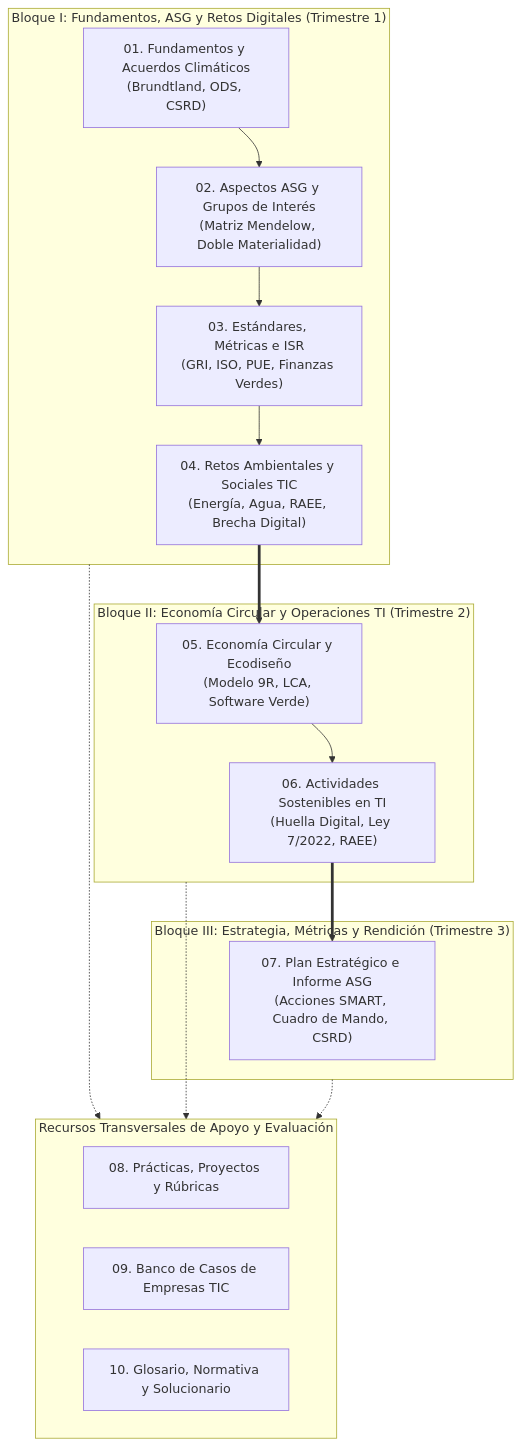
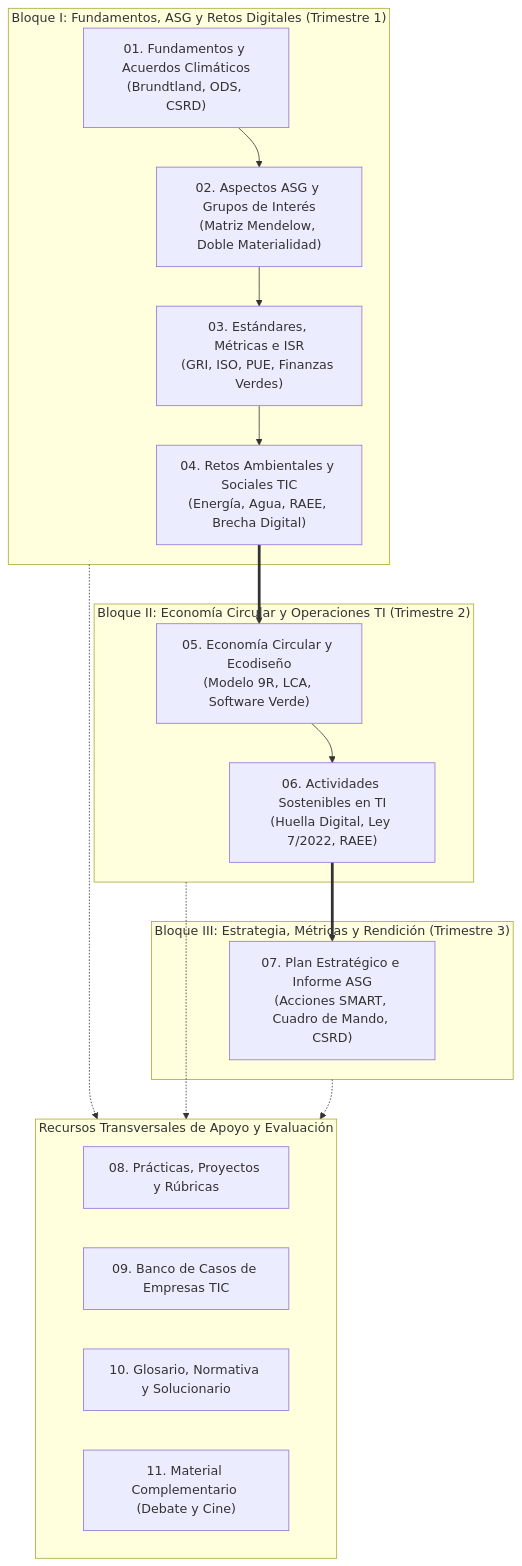
Before and after one commit to Jose-Quesada/sostenibilidad-26-27: the diagram in docs/index.md, drawn with Mermaid. The commit also changed other lines of this file and 20 other files, not shown here.

````diff
--- a/docs/index.md
+++ b/docs/index.md
@@ -54,23 +54,24 @@
 ```mermaid
 flowchart TD
     subgraph B1 ["Bloque I: Fundamentos, ASG y Retos Digitales (Trimestre 1)"]
         U1["01. Fundamentos y Acuerdos Climáticos<br/>(Brundtland, ODS, CSRD)"] --> U2["02. Aspectos ASG y Grupos de Interés<br/>(Matriz Mendelow, Doble Materialidad)"]
         U2 --> U3["03. Estándares, Métricas e ISR<br/>(GRI, ISO, PUE, Finanzas Verdes)"]
         U3 --> U4["04. Retos Ambientales y Sociales TIC<br/>(Energía, Agua, RAEE, Brecha Digital)"]
     end
     subgraph B2 ["Bloque II: Economía Circular y Operaciones TI (Trimestre 2)"]
         U4 ==> U5["05. Economía Circular y Ecodiseño<br/>(Modelo 9R, LCA, Software Verde)"]
         U5 --> U6["06. Actividades Sostenibles en TI<br/>(Huella Digital, Ley 7/2022, RAEE)"]
     end
     subgraph B3 ["Bloque III: Estrategia, Métricas y Rendición (Trimestre 3)"]
         U6 ==> U7["07. Plan Estratégico e Informe ASG<br/>(Acciones SMART, Cuadro de Mando, CSRD)"]
     end
     subgraph Recursos ["Recursos Transversales de Apoyo y Evaluación"]
         P["08. Prácticas, Proyectos y Rúbricas"]
         C["09. Banco de Casos de Empresas TIC"]
         G["10. Glosario, Normativa y Solucionario"]
+        M["11. Material Complementario (Debate y Cine)"]
     end
     B1 -.-> Recursos
     B2 -.-> Recursos
     B3 -.-> Recursos
 ```
````
